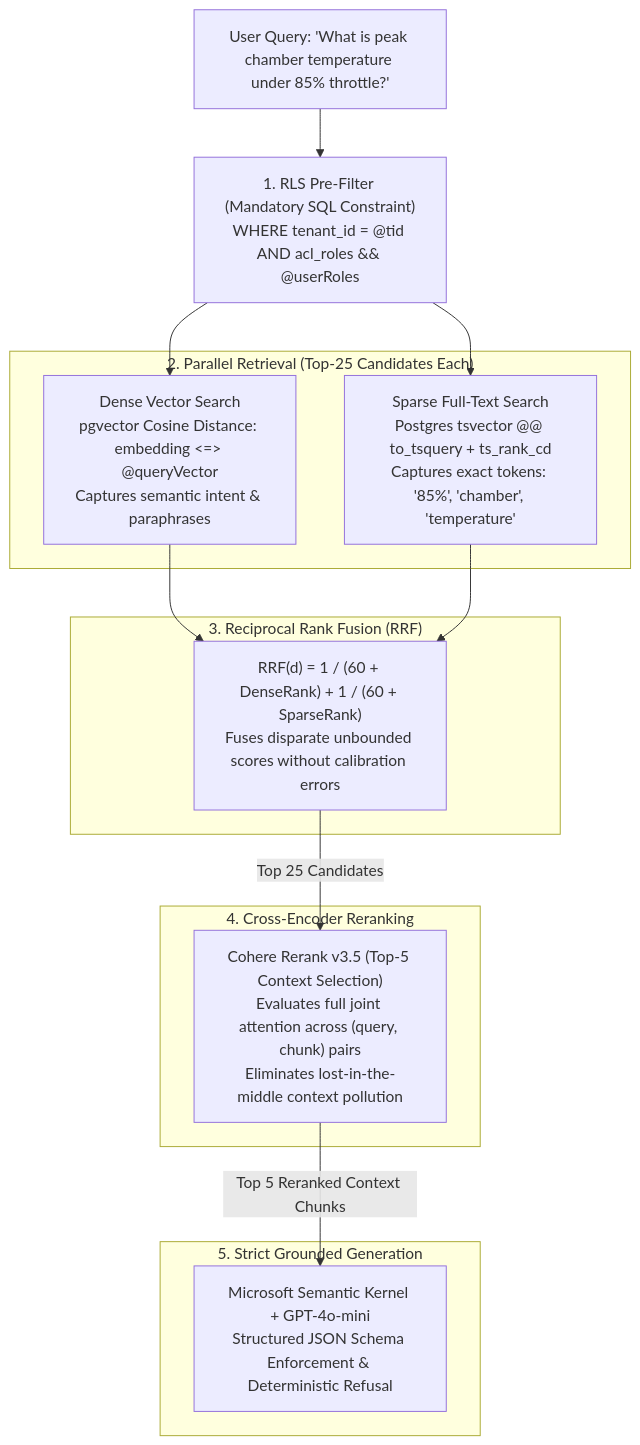
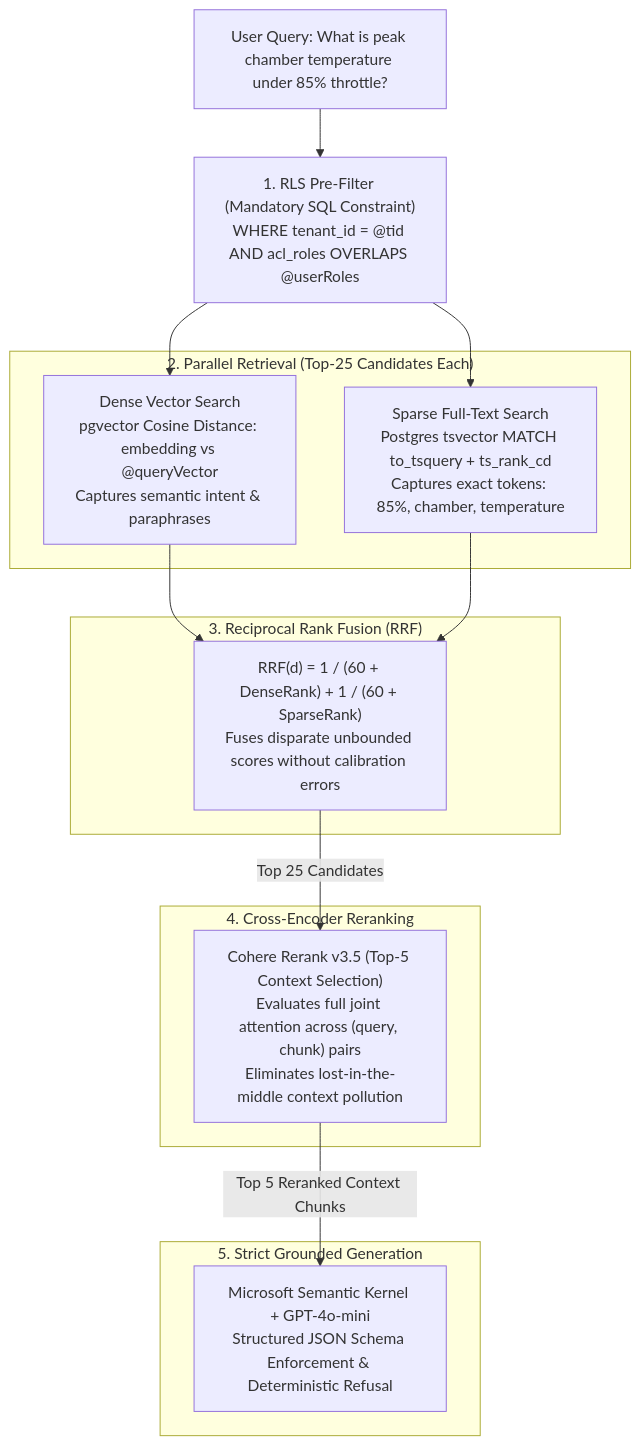
One commit to MaheshSuranga/enterprise-knowledge-assistant changed the third of 4 diagrams in README.md. Above: the diagram before and after it, drawn with Mermaid. The commit also changed other lines of this file, not shown here.

Commit message:
docs: format mermaid diagrams and update terminology in README.md

````diff
--- a/README.md
+++ b/README.md
@@ -194,30 +194,30 @@
 ```mermaid
 flowchart TD
-    Query["User Query: 'What is peak chamber temperature under 85% throttle?'"]
-    RLS["1. RLS Pre-Filter (Mandatory SQL Constraint)<br/>WHERE tenant_id = @tid AND acl_roles && @userRoles"]
+    Query["User Query: What is peak chamber temperature under 85% throttle?"]
+    RLS["1. RLS Pre-Filter (Mandatory SQL Constraint)<br/>WHERE tenant_id = @tid AND acl_roles OVERLAPS @userRoles"]
     
-    subgraph ParallelSearch["2. Parallel Retrieval (Top-25 Candidates Each)"]
-        Dense["Dense Vector Search<br/>pgvector Cosine Distance: embedding <=> @queryVector<br/>Captures semantic intent & paraphrases"]
-        Sparse["Sparse Full-Text Search<br/>Postgres tsvector @@ to_tsquery + ts_rank_cd<br/>Captures exact tokens: '85%', 'chamber', 'temperature'"]
+    subgraph ParallelSearch ["2. Parallel Retrieval (Top-25 Candidates Each)"]
+        Dense["Dense Vector Search<br/>pgvector Cosine Distance: embedding vs @queryVector<br/>Captures semantic intent & paraphrases"]
+        Sparse["Sparse Full-Text Search<br/>Postgres tsvector MATCH to_tsquery + ts_rank_cd<br/>Captures exact tokens: 85%, chamber, temperature"]
     end
 
-    subgraph Fusion["3. Reciprocal Rank Fusion (RRF)"]
+    subgraph Fusion ["3. Reciprocal Rank Fusion (RRF)"]
         RRF["RRF(d) = 1 / (60 + DenseRank) + 1 / (60 + SparseRank)<br/>Fuses disparate unbounded scores without calibration errors"]
     end
 
-    subgraph Reranker["4. Cross-Encoder Reranking"]
+    subgraph Reranker ["4. Cross-Encoder Reranking"]
         Cohere["Cohere Rerank v3.5 (Top-5 Context Selection)<br/>Evaluates full joint attention across (query, chunk) pairs<br/>Eliminates lost-in-the-middle context pollution"]
     end
 
-    subgraph Generation["5. Strict Grounded Generation"]
+    subgraph Generation ["5. Strict Grounded Generation"]
         SK["Microsoft Semantic Kernel + GPT-4o-mini<br/>Structured JSON Schema Enforcement & Deterministic Refusal"]
     end
 
     Query --> RLS
     RLS --> Dense
     RLS --> Sparse
     Dense --> RRF
     Sparse --> RRF
-    RRF -->|Top 25 Candidates| Cohere
-    Cohere -->|Top 5 Reranked Context Chunks| SK
+    RRF -->|"Top 25 Candidates"| Cohere
+    Cohere -->|"Top 5 Reranked Context Chunks"| SK
 ```
````
